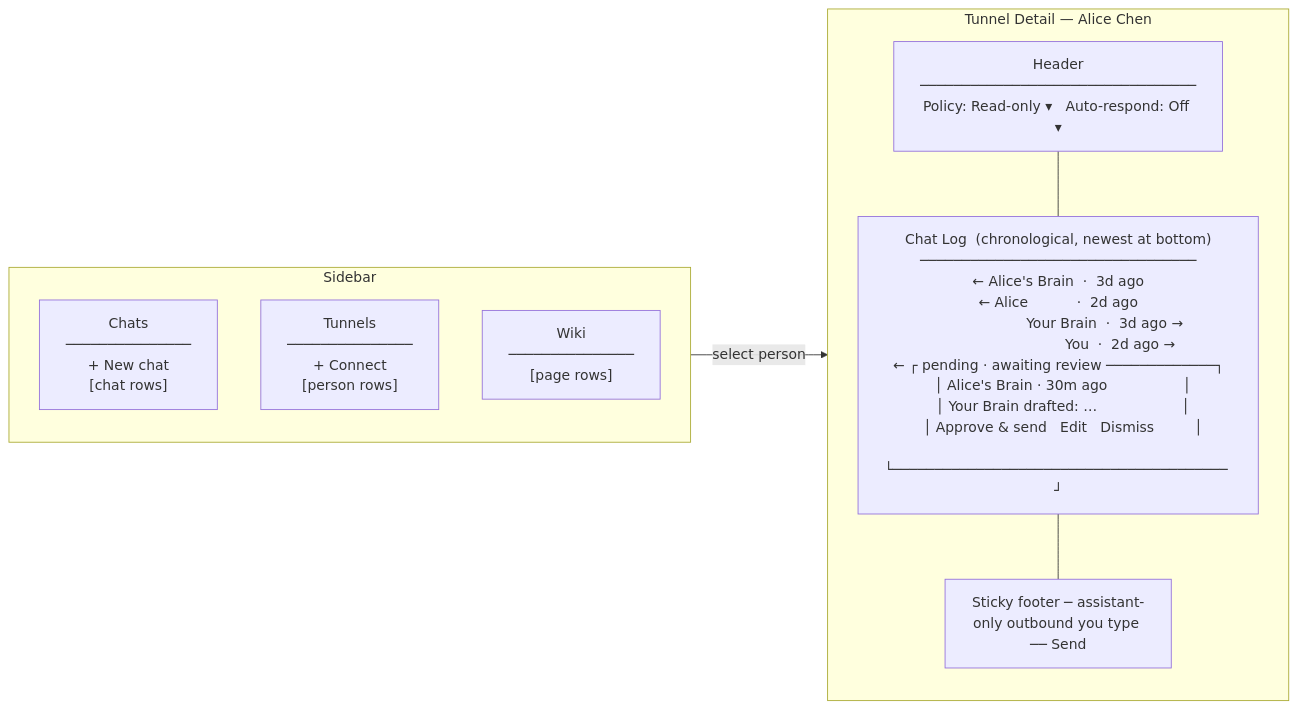
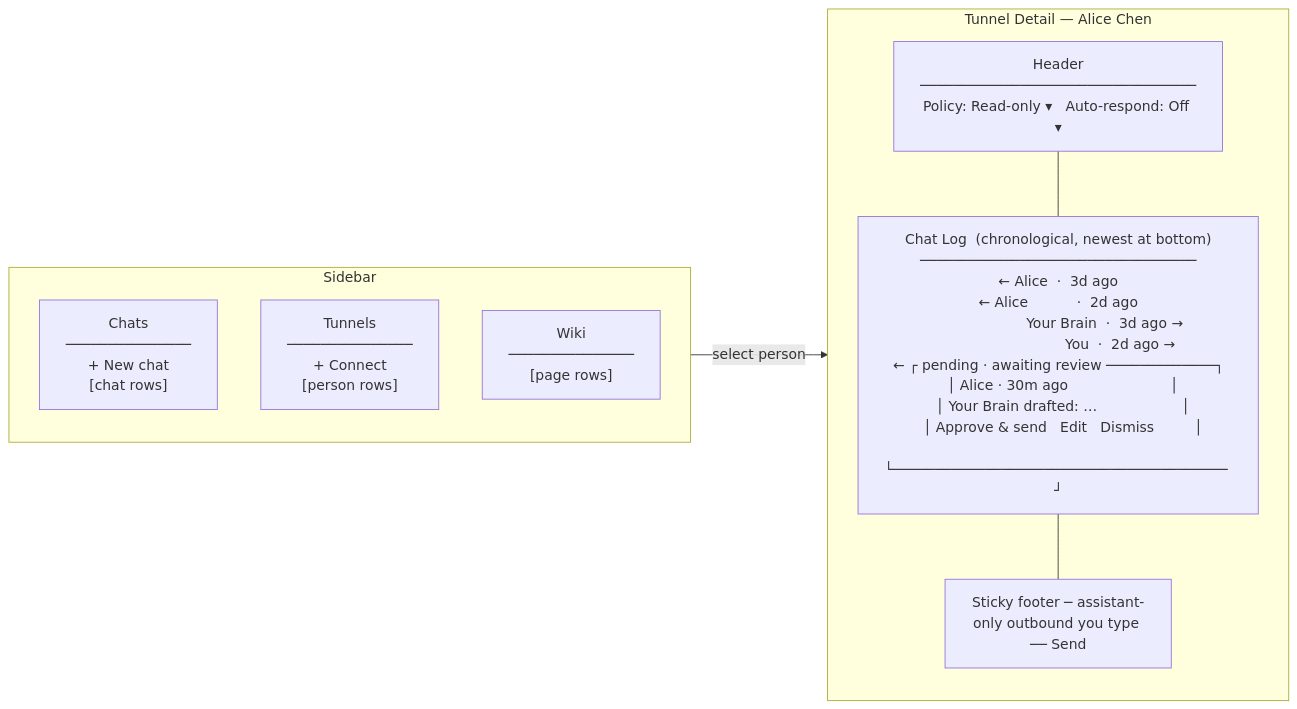
Before and after one commit to cirne/brain-app: the first of 2 diagrams in docs/opportunities/OPP-113-tunnel-connections-unified-activity-surface.md, drawn with Mermaid. The commit also changed other lines of this file and 39 other files, not shown here.

````diff
--- a/docs/opportunities/OPP-113-tunnel-connections-unified-activity-surface.md
+++ b/docs/opportunities/OPP-113-tunnel-connections-unified-activity-surface.md
@@ -244,19 +246,19 @@
 ```mermaid
 flowchart LR
     subgraph nav[Sidebar]
         direction TB
         chats["Chats\n───────────────\n+ New chat\n[chat rows]"]
         tunnels["Tunnels\n───────────────\n+ Connect\n[person rows]"]
         wiki["Wiki\n───────────────\n[page rows]"]
     end
 
     tunnels -->|select person| detail
 
     subgraph detail["Tunnel Detail — Alice Chen"]
         direction TB
         header["Header\n─────────────────────────────────\nPolicy: Read-only ▾   Auto-respond: Off ▾"]
-        log["Chat Log  (chronological, newest at bottom)\n─────────────────────────────────\n← Alice's Brain  ·  3d ago\n← Alice           ·  2d ago\n                     Your Brain  ·  3d ago →\n                            You  ·  2d ago →\n← ┌ pending · awaiting review ─────────────┐\n  │ Alice's Brain · 30m ago                 │\n  │ Your Brain drafted: …                   │\n  │ Approve & send   Edit   Dismiss         │\n  └──────────────────────────────────────── ┘"]
+        log["Chat Log  (chronological, newest at bottom)\n─────────────────────────────────\n← Alice  ·  3d ago\n← Alice           ·  2d ago\n                     Your Brain  ·  3d ago →\n                            You  ·  2d ago →\n← ┌ pending · awaiting review ─────────────┐\n  │ Alice · 30m ago                       │\n  │ Your Brain drafted: …                   │\n  │ Approve & send   Edit   Dismiss         │\n  └──────────────────────────────────────── ┘"]
         compose["Sticky footer ─ assistant-only outbound you type ── Send"]
         header --- log --- compose
     end
 ```
````
